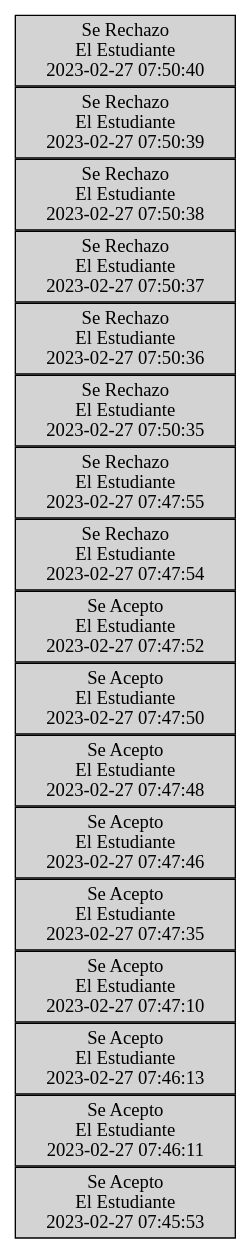
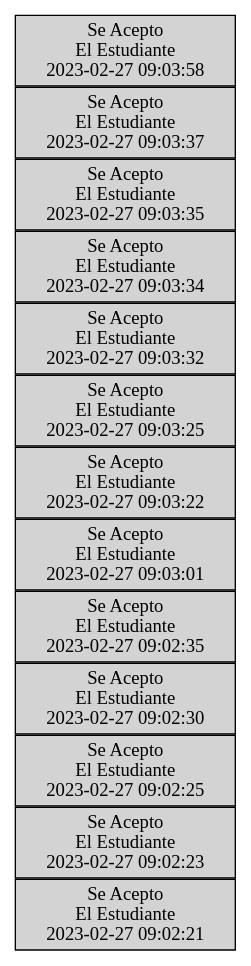
One commit to walterjav19/EDD_1S2023_PY_202111718 changed the diagram in EDD_Proyecto1_Fase1/Grafics/PilaAdmin.dot. Above: the diagram before and after it, drawn with Graphviz. The commit also changed 7 other files, not shown here.

```diff
--- a/EDD_Proyecto1_Fase1/Grafics/PilaAdmin.dot
+++ b/EDD_Proyecto1_Fase1/Grafics/PilaAdmin.dot
@@ -1,56 +1,44 @@
 digraph Pila {
 node [shape=box, width=1.2, height=0.6, style=filled, fillcolor=lightgray];
 rankdir=LR;
 nodesep=0;
 n0 [label="Se Acepto
  El Estudiante
-2023-02-27 07:45:53"];
+2023-02-27 09:02:21"];
 n1 [label="Se Acepto
  El Estudiante
-2023-02-27 07:46:11"];
+2023-02-27 09:02:23"];
 n2 [label="Se Acepto
  El Estudiante
-2023-02-27 07:46:13"];
+2023-02-27 09:02:25"];
 n3 [label="Se Acepto
  El Estudiante
-2023-02-27 07:47:10"];
+2023-02-27 09:02:30"];
 n4 [label="Se Acepto
  El Estudiante
-2023-02-27 07:47:35"];
+2023-02-27 09:02:35"];
 n5 [label="Se Acepto
  El Estudiante
-2023-02-27 07:47:46"];
+2023-02-27 09:03:01"];
 n6 [label="Se Acepto
  El Estudiante
-2023-02-27 07:47:48"];
+2023-02-27 09:03:22"];
 n7 [label="Se Acepto
  El Estudiante
-2023-02-27 07:47:50"];
+2023-02-27 09:03:25"];
 n8 [label="Se Acepto
  El Estudiante
-2023-02-27 07:47:52"];
-n9 [label="Se Rechazo
-El Estudiante
-2023-02-27 07:47:54"];
-n10 [label="Se Rechazo
-El Estudiante
-2023-02-27 07:47:55"];
-n11 [label="Se Rechazo
-El Estudiante
-2023-02-27 07:50:35"];
-n12 [label="Se Rechazo
-El Estudiante
-2023-02-27 07:50:36"];
-n13 [label="Se Rechazo
-El Estudiante
-2023-02-27 07:50:37"];
-n14 [label="Se Rechazo
-El Estudiante
-2023-02-27 07:50:38"];
-n15 [label="Se Rechazo
-El Estudiante
-2023-02-27 07:50:39"];
-n16 [label="Se Rechazo
-El Estudiante
-2023-02-27 07:50:40"];
+2023-02-27 09:03:32"];
+n9 [label="Se Acepto
+ El Estudiante
+2023-02-27 09:03:34"];
+n10 [label="Se Acepto
+ El Estudiante
+2023-02-27 09:03:35"];
+n11 [label="Se Acepto
+ El Estudiante
+2023-02-27 09:03:37"];
+n12 [label="Se Acepto
+ El Estudiante
+2023-02-27 09:03:58"];
 }
```
